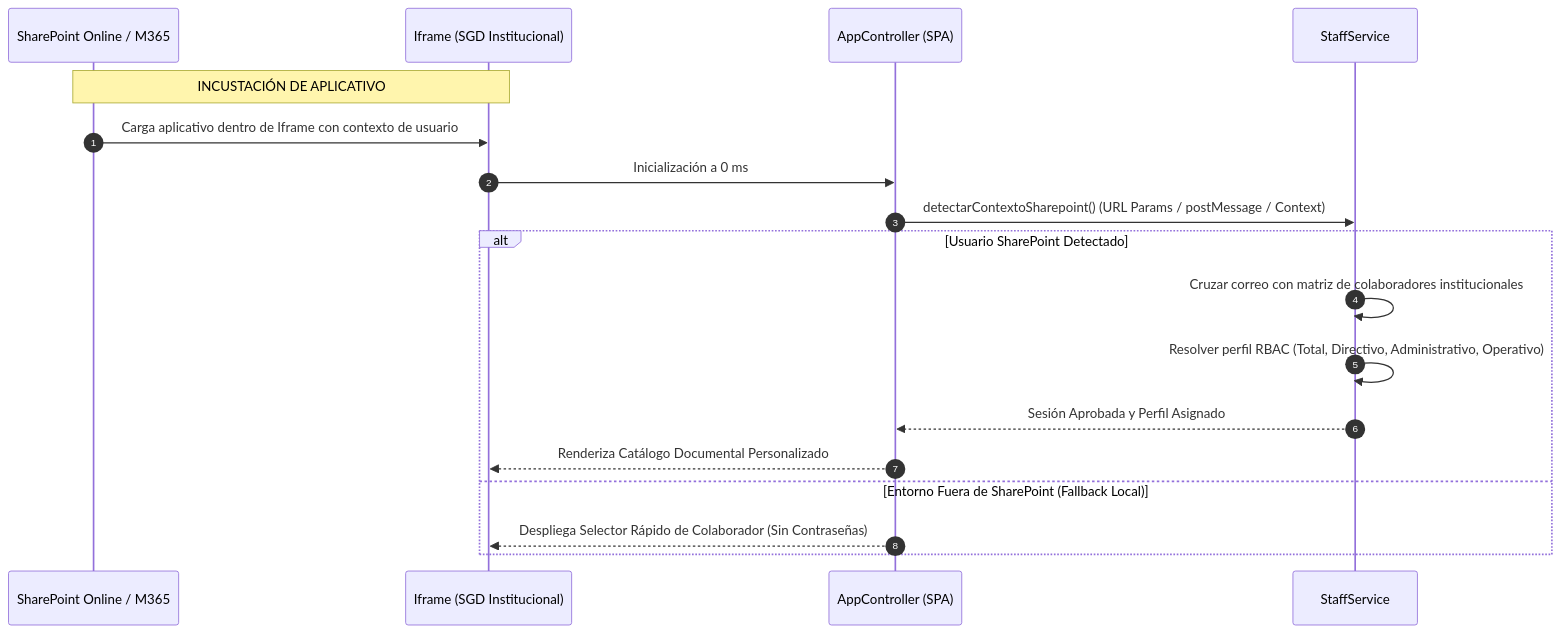
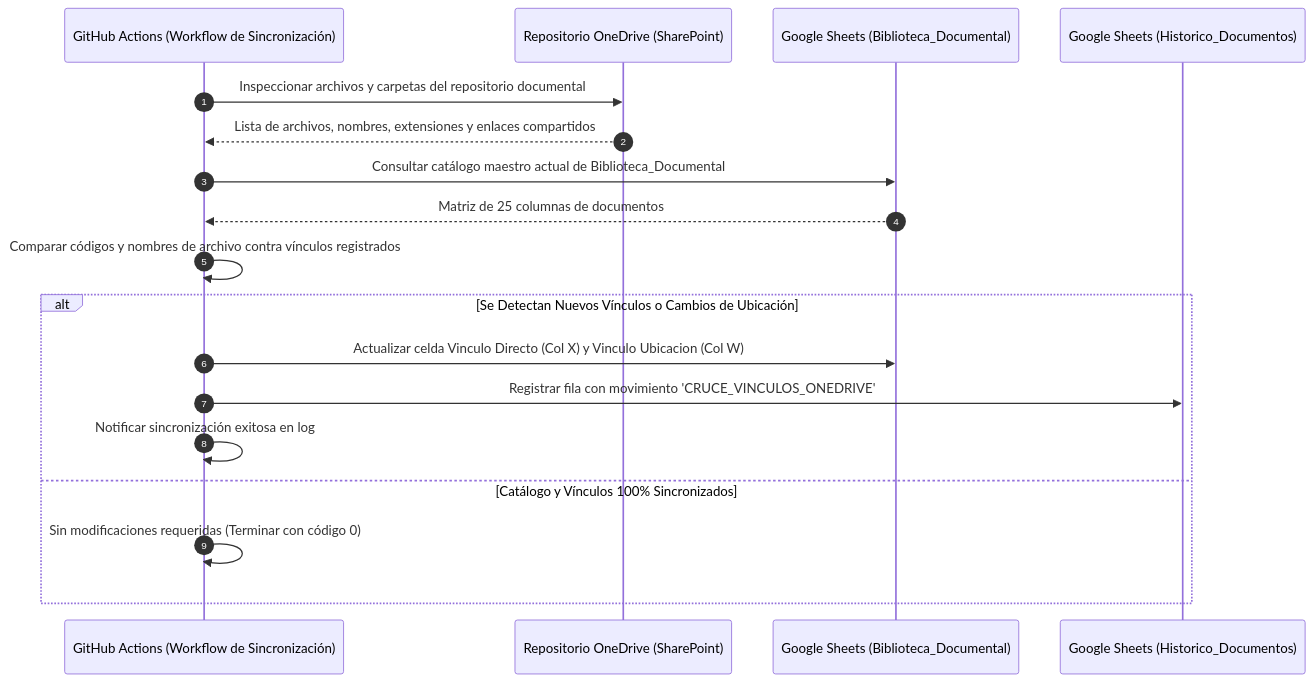
Before and after one commit to unionsaludvida2/gestiondocumental: the tenth of 14 diagrams in reglas_de_negocio.md, drawn with Mermaid. The commit also changed other lines of this file and 12 other files, not shown here.

````diff
--- a/reglas_de_negocio.md
+++ b/reglas_de_negocio.md
@@ -681,22 +543,24 @@
 ```mermaid
 sequenceDiagram
     autonumber
-    participant SPO as SharePoint Online / M365
-    participant IFRAME as Iframe (SGD Institucional)
-    participant APP as AppController (SPA)
-    participant STAFF as StaffService
+    participant GHA as GitHub Actions (Workflow de Sincronización)
+    participant OD as Repositorio OneDrive (SharePoint)
+    participant GS as Google Sheets (Biblioteca_Documental)
+    participant HIST as Google Sheets (Historico_Documentos)
 
-    Note over SPO,IFRAME: INCUSTACIÓN DE APLICATIVO
-    SPO->>IFRAME: Carga aplicativo dentro de Iframe con contexto de usuario
-    IFRAME->>APP: Inicialización a 0 ms
-    APP->>STAFF: detectarContextoSharepoint() (URL Params / postMessage / Context)
+    GHA->>OD: Inspeccionar archivos y carpetas del repositorio documental
+    OD-->>GHA: Lista de archivos, nombres, extensiones y enlaces compartidos
     
-    alt Usuario SharePoint Detectado
-        STAFF->>STAFF: Cruzar correo con matriz de colaboradores institucionales
-        STAFF->>STAFF: Resolver perfil RBAC (Total, Directivo, Administrativo, Operativo)
-        STAFF-->>APP: Sesión Aprobada y Perfil Asignado
-        APP-->>IFRAME: Renderiza Catálogo Documental Personalizado
-    else Entorno Fuera de SharePoint (Fallback Local)
-        APP-->>IFRAME: Despliega Selector Rápido de Colaborador (Sin Contraseñas)
+    GHA->>GS: Consultar catálogo maestro actual de Biblioteca_Documental
+    GS-->>GHA: Matriz de 25 columnas de documentos
+    
+    GHA->>GHA: Comparar códigos y nombres de archivo contra vínculos registrados
+    
+    alt Se Detectan Nuevos Vínculos o Cambios de Ubicación
+        GHA->>GS: Actualizar celda Vinculo Directo (Col X) y Vinculo Ubicacion (Col W)
+        GHA->>HIST: Registrar fila con movimiento 'CRUCE_VINCULOS_ONEDRIVE'
+        GHA->>GHA: Notificar sincronización exitosa en log
+    else Catálogo y Vínculos 100% Sincronizados
+        GHA->>GHA: Sin modificaciones requeridas (Terminar con código 0)
     end
 ```
````
